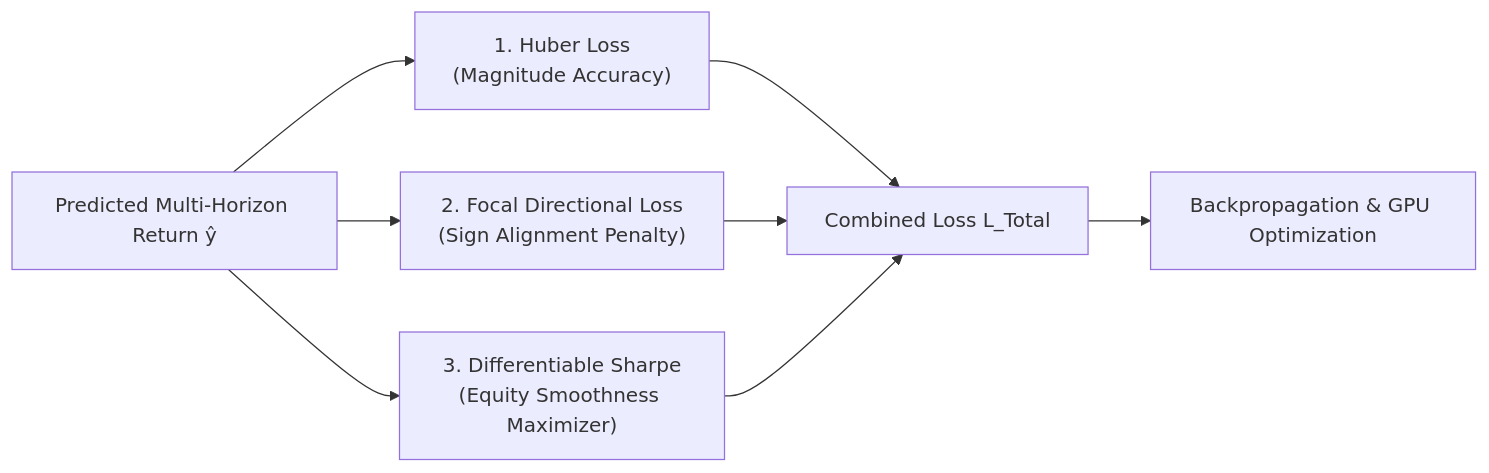
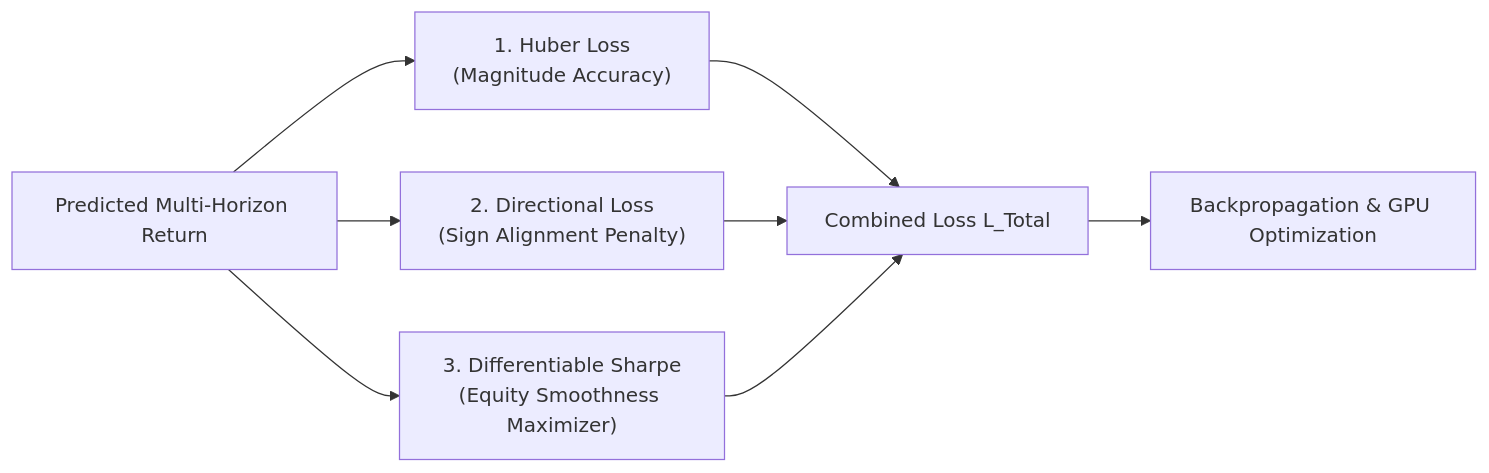
The third of 3 diagrams in docs/WHITE_PAPER.md (ElMoorish/AetherQuant-MT5), drawn with Mermaid before and after one commit. The commit also changed other lines of this file and 1 other file, not shown here.

Commit message:
docs: Fix Mermaid flowchart syntax with strict node-to-node routing and standard labels

````diff
--- a/docs/WHITE_PAPER.md
+++ b/docs/WHITE_PAPER.md
@@ -157,10 +156,10 @@
 ```mermaid
 flowchart LR
-    A["Predicted Multi-Horizon Return ŷ"] --> B["1. Huber Loss<br/>(Magnitude Accuracy)"]
-    A --> C["2. Focal Directional Loss<br/>(Sign Alignment Penalty)"]
+    A["Predicted Multi-Horizon Return"] --> B["1. Huber Loss<br/>(Magnitude Accuracy)"]
+    A --> C["2. Directional Loss<br/>(Sign Alignment Penalty)"]
     A --> D["3. Differentiable Sharpe<br/>(Equity Smoothness Maximizer)"]
     B --> E["Combined Loss L_Total"]
     C --> E
     D --> E
     E --> F["Backpropagation & GPU Optimization"]
 ```
````
